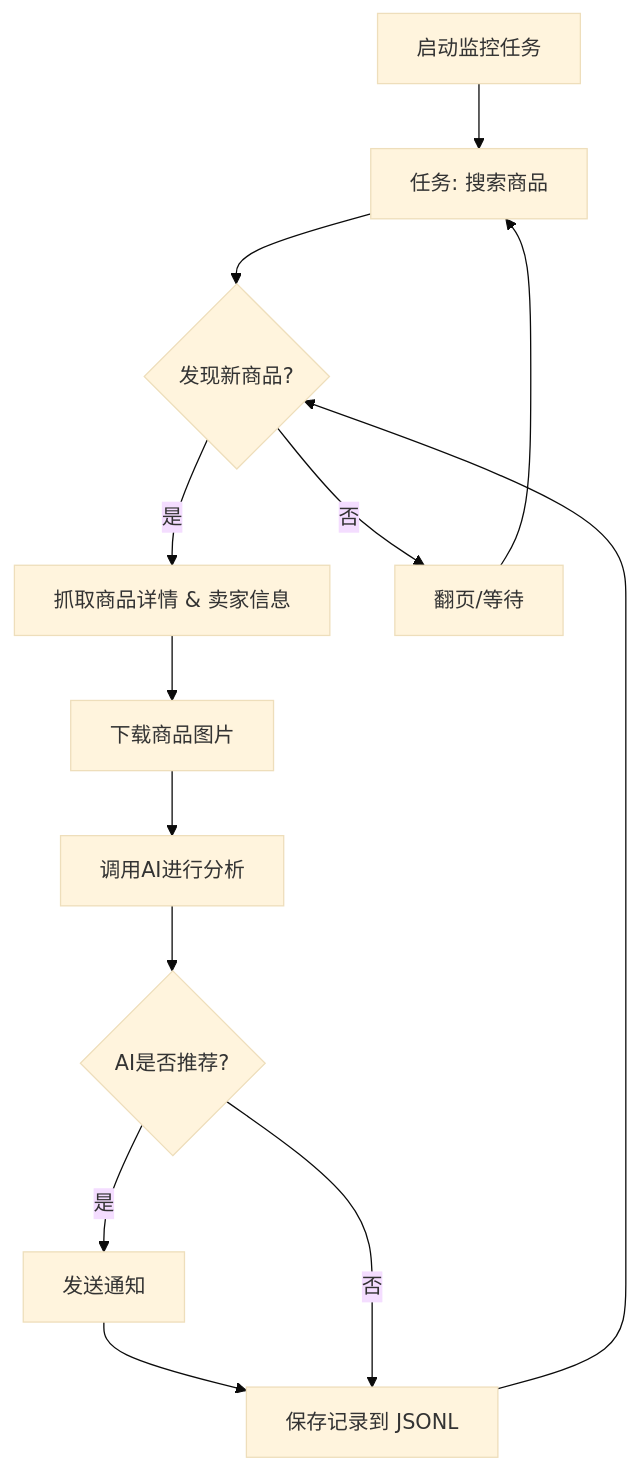
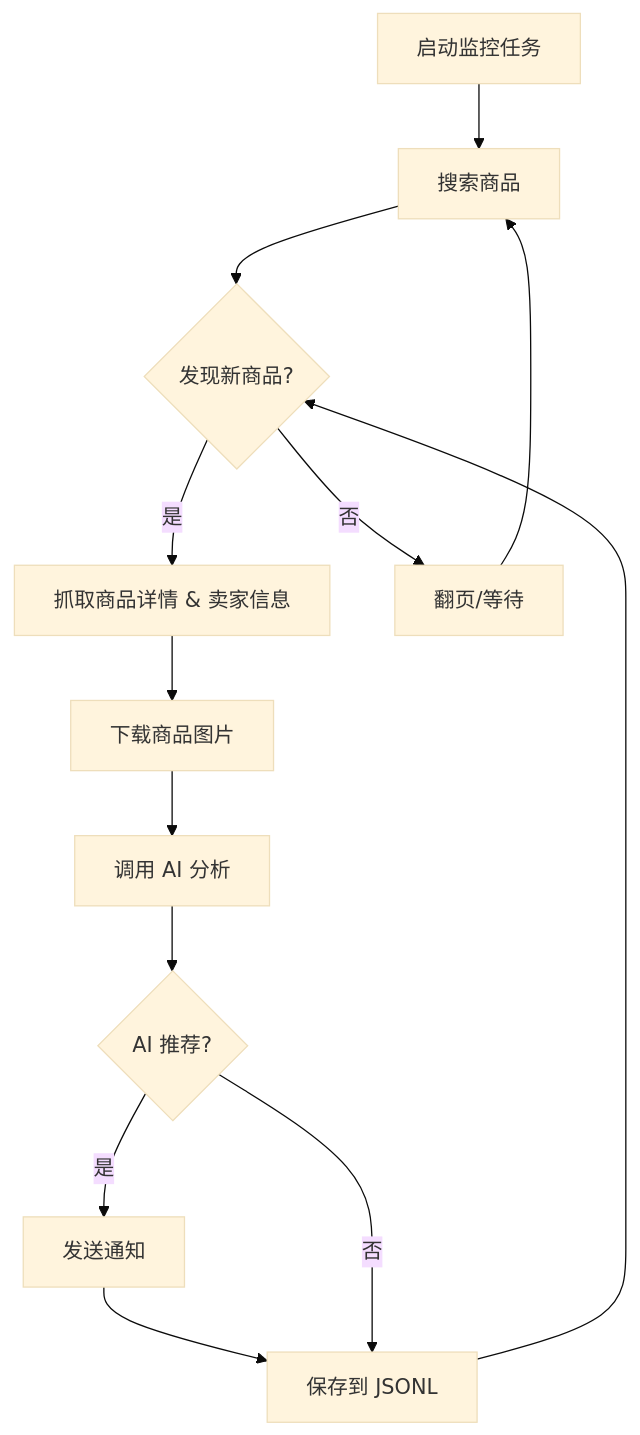
The diagram in README.md (lihrs/ai-goofish-monitor), drawn with Mermaid (base theme) before and after one commit. The commit also changed other lines of this file and 4 other files, not shown here.

````diff
--- a/README.md
+++ b/README.md
@@ -147,15 +187,15 @@
 ```mermaid
 graph TD
-    A[启动监控任务] --> B[任务: 搜索商品];
-    B --> C{发现新商品?};
-    C -- 是 --> D[抓取商品详情 & 卖家信息];
-    D --> E[下载商品图片];
-    E --> F[调用AI进行分析];
-    F --> G{AI是否推荐?};
-    G -- 是 --> H[发送通知];
-    H --> I[保存记录到 JSONL];
-    G -- 否 --> I;
-    C -- 否 --> J[翻页/等待];
-    J --> B;
-    I --> C;
+    A[启动监控任务] --> B[搜索商品]
+    B --> C{发现新商品?}
+    C -- 是 --> D[抓取商品详情 & 卖家信息]
+    D --> E[下载商品图片]
+    E --> F[调用 AI 分析]
+    F --> G{AI 推荐?}
+    G -- 是 --> H[发送通知]
+    H --> I[保存到 JSONL]
+    G -- 否 --> I
+    C -- 否 --> J[翻页/等待]
+    J --> B
+    I --> C
 ```
````
